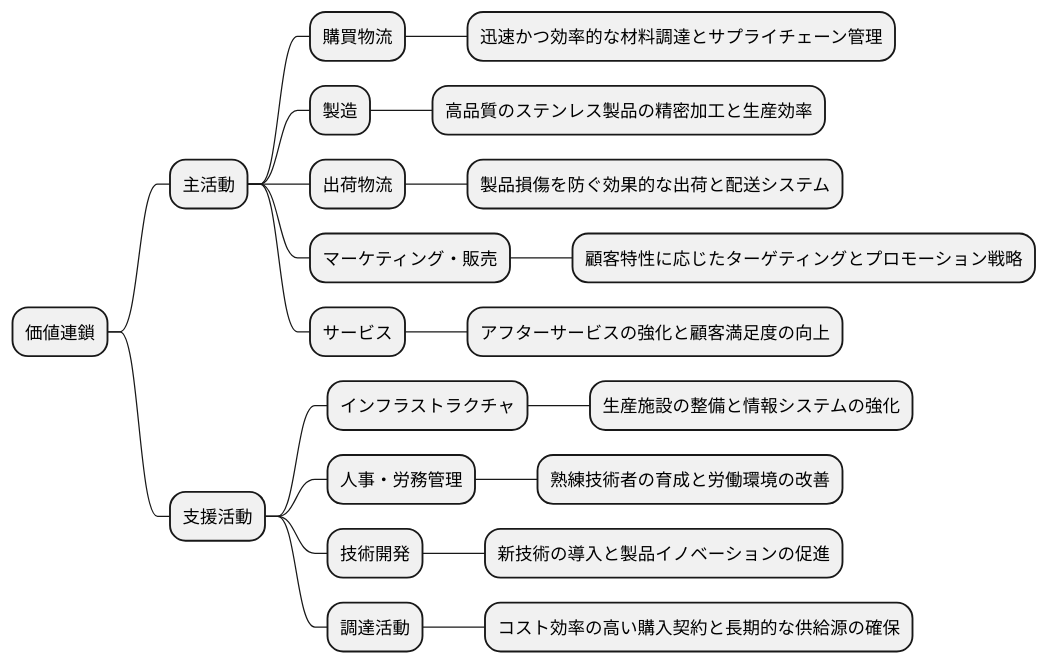
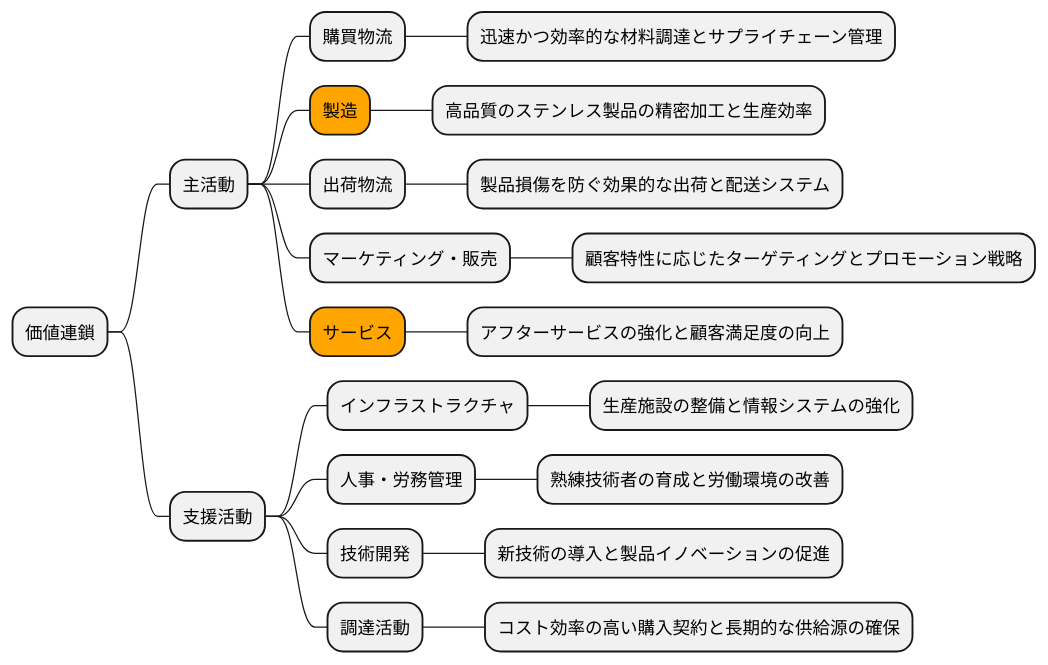
Before and after one commit to k2works/case-sutudy-business-analysis: the tenth of 16 diagrams in docs/case/r02_case_3.adoc, drawn with PlantUML. The commit also changed other lines of this file, not shown here.

```diff
--- a/docs/case/r02_case_3.adoc
+++ b/docs/case/r02_case_3.adoc
@@ -299,28 +330,28 @@
 [plantuml]
 ----
 @startmindmap
 
 * 価値連鎖
 ** 主活動
 *** 購買物流
 **** 迅速かつ効率的な材料調達とサプライチェーン管理
-*** 製造
+***[#orange] 製造
 **** 高品質のステンレス製品の精密加工と生産効率
 *** 出荷物流
 **** 製品損傷を防ぐ効果的な出荷と配送システム
 *** マーケティング・販売
 **** 顧客特性に応じたターゲティングとプロモーション戦略
-*** サービス
+***[#orange] サービス
 **** アフターサービスの強化と顧客満足度の向上
 ** 支援活動
 *** インフラストラクチャ
 **** 生産施設の整備と情報システムの強化
 *** 人事・労務管理
 **** 熟練技術者の育成と労働環境の改善
 *** 技術開発
 **** 新技術の導入と製品イノベーションの促進
 *** 調達活動
 **** コスト効率の高い購入契約と長期的な供給源の確保
 
 @endmindmap
 ----
```
